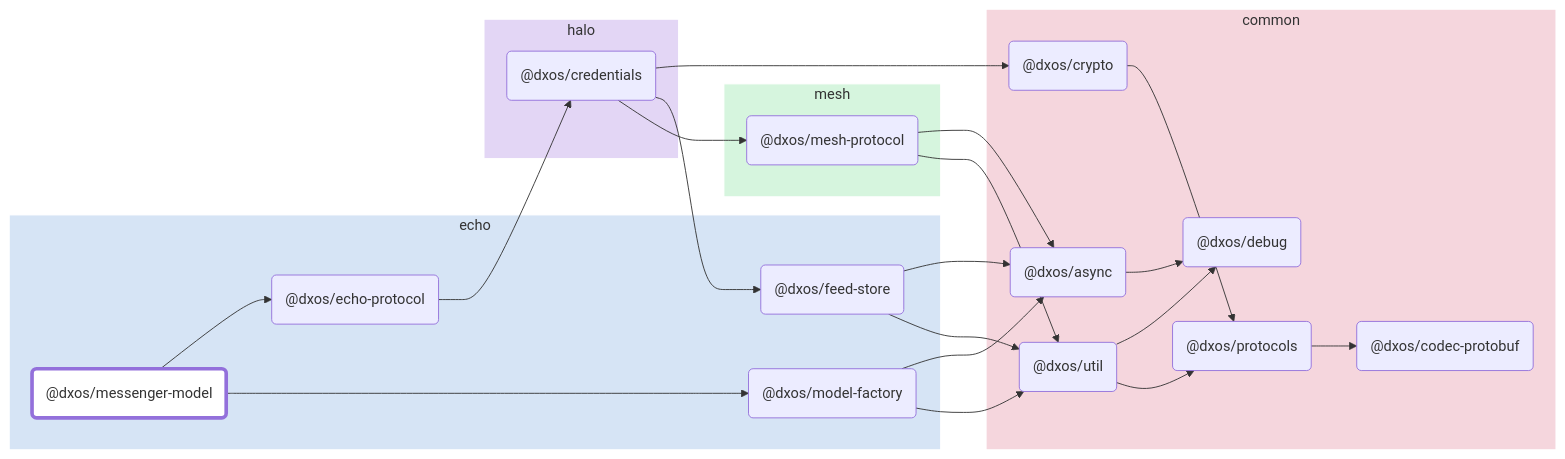
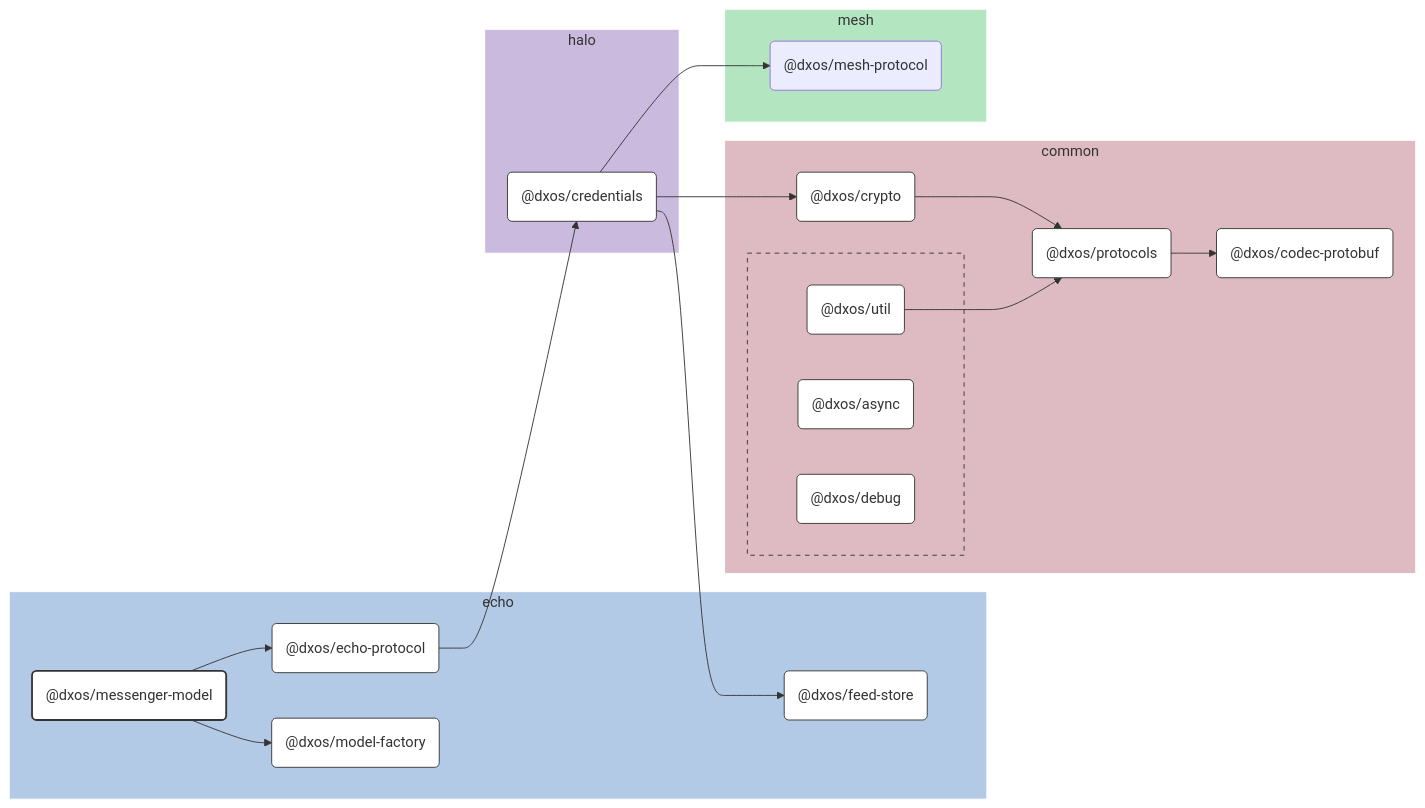
The diagram in packages/echo/messenger-model/docs/README.md (dxos/dxos), drawn with Mermaid before and after one commit. The commit also changed 100 other files, not shown here.

````diff
--- a/packages/echo/messenger-model/docs/README.md
+++ b/packages/echo/messenger-model/docs/README.md
@@ -7,62 +7,85 @@
 ```mermaid
-flowchart LR;
+%%{ init: {'flowchart':{'curve':'basis'}} }%%
 
-style dxos/messenger-model fill:#fff,stroke-width:4px;
+flowchart LR
 
-click dxos/codec-protobuf "https:/github.com/dxos/dxos/tree/main/packages/common/codec-protobuf/docs";
-click dxos/echo-protocol "https:/github.com/dxos/dxos/tree/main/packages/echo/echo-protocol/docs";
-click dxos/async "https:/github.com/dxos/dxos/tree/main/packages/common/async/docs";
-click dxos/credentials "https:/github.com/dxos/dxos/tree/main/packages/halo/credentials/docs";
-click dxos/crypto "https:/github.com/dxos/dxos/tree/main/packages/common/crypto/docs";
-click dxos/feed-store "https:/github.com/dxos/dxos/tree/main/packages/echo/feed-store/docs";
-click dxos/protocols "https:/github.com/dxos/dxos/tree/main/packages/common/protocols/docs";
-click dxos/util "https:/github.com/dxos/dxos/tree/main/packages/common/util/docs";
-click dxos/model-factory "https:/github.com/dxos/dxos/tree/main/packages/echo/model-factory/docs";
-click dxos/debug "https:/github.com/dxos/dxos/tree/main/packages/common/debug/docs";
+%% Links
+dxos/credentials --> dxos/crypto;
+dxos/credentials --> dxos/feed-store;
+dxos/credentials --> dxos/mesh-protocol;
+dxos/crypto --> dxos/protocols;
+dxos/echo-protocol --> dxos/credentials;
+dxos/messenger-model --> dxos/echo-protocol;
+dxos/messenger-model --> dxos/model-factory;
+dxos/protocols --> dxos/codec-protobuf;
+dxos/util --> dxos/protocols;
 
+%% Sections
 subgraph echo
-  style echo fill:#d6e4f5,stroke:#fff;
-  dxos/messenger-model("@dxos/messenger-model");
-  dxos/echo-protocol("@dxos/echo-protocol");
-  dxos/feed-store("@dxos/feed-store");
-  dxos/model-factory("@dxos/model-factory");
+  style echo fill:#b3cae6,stroke:#fff;
+
+  dxos/echo-protocol("@dxos/echo-protocol")
+  dxos/feed-store("@dxos/feed-store")
+  dxos/messenger-model("@dxos/messenger-model")
+  dxos/model-factory("@dxos/model-factory")
 end
 
 subgraph common
-  style common fill:#f5d6dd,stroke:#fff;
-  dxos/codec-protobuf("@dxos/codec-protobuf");
-  dxos/async("@dxos/async");
-  dxos/debug("@dxos/debug");
-  dxos/crypto("@dxos/crypto");
-  dxos/protocols("@dxos/protocols");
-  dxos/util("@dxos/util");
+  style common fill:#debac2,stroke:#fff;
+
+  dxos/codec-protobuf("@dxos/codec-protobuf")
+  dxos/crypto("@dxos/crypto")
+  dxos/protocols("@dxos/protocols")
+
+  subgraph common-excluded [ ]
+    style common-excluded fill:#debac2,stroke:#333,stroke-dasharray:5 5;
+
+    dxos/async("@dxos/async")
+    dxos/debug("@dxos/debug")
+    dxos/util("@dxos/util")
+  end
 end
 
 subgraph halo
-  style halo fill:#e3d6f5,stroke:#fff;
-  dxos/credentials("@dxos/credentials");
+  style halo fill:#cabade,stroke:#fff;
+
+  dxos/credentials("@dxos/credentials")
 end
 
 subgraph mesh
-  style mesh fill:#d6f5de,stroke:#fff;
-  dxos/mesh-protocol("@dxos/mesh-protocol");
+  style mesh fill:#b3e6c0,stroke:#fff;
+
+  dxos/mesh-protocol("@dxos/mesh-protocol")
 end
 
-dxos/messenger-model --> dxos/echo-protocol;
-dxos/async --> dxos/debug;
-dxos/echo-protocol --> dxos/credentials;
-dxos/credentials --> dxos/crypto;
-dxos/crypto --> dxos/protocols;
-dxos/protocols --> dxos/codec-protobuf;
-dxos/credentials --> dxos/feed-store;
-dxos/feed-store --> dxos/async;
-dxos/feed-store --> dxos/util;
-dxos/util --> dxos/debug;
-dxos/util --> dxos/protocols;
-dxos/credentials --> dxos/mesh-protocol;
-dxos/mesh-protocol --> dxos/async;
-dxos/mesh-protocol --> dxos/util;
-dxos/messenger-model --> dxos/model-factory;
-dxos/model-factory --> dxos/async;
-dxos/model-factory --> dxos/util;
+
+%% Hyperlinks
+click dxos/async href "https:/github.com/dxos/dxos/tree/main/packages/common/async/docs";
+click dxos/codec-protobuf href "https:/github.com/dxos/dxos/tree/main/packages/common/codec-protobuf/docs";
+click dxos/credentials href "https:/github.com/dxos/dxos/tree/main/packages/halo/credentials/docs";
+click dxos/crypto href "https:/github.com/dxos/dxos/tree/main/packages/common/crypto/docs";
+click dxos/debug href "https:/github.com/dxos/dxos/tree/main/packages/common/debug/docs";
+click dxos/echo-protocol href "https:/github.com/dxos/dxos/tree/main/packages/echo/echo-protocol/docs";
+click dxos/feed-store href "https:/github.com/dxos/dxos/tree/main/packages/echo/feed-store/docs";
+click dxos/model-factory href "https:/github.com/dxos/dxos/tree/main/packages/echo/model-factory/docs";
+click dxos/protocols href "https:/github.com/dxos/dxos/tree/main/packages/common/protocols/docs";
+click dxos/util href "https:/github.com/dxos/dxos/tree/main/packages/common/util/docs";
+
+%% Styles
+classDef rootNode fill:#fff,stroke:#333,stroke-width:2px
+classDef defaultNode fill:#fff,stroke:#333,stroke-width:1px
+linkStyle default stroke:#333,stroke-width:1px
+
+dxos/messenger-model:::rootNode
+
+dxos/async:::defaultNode
+dxos/codec-protobuf:::defaultNode
+dxos/credentials:::defaultNode
+dxos/crypto:::defaultNode
+dxos/debug:::defaultNode
+dxos/echo-protocol:::defaultNode
+dxos/feed-store:::defaultNode
+dxos/model-factory:::defaultNode
+dxos/protocols:::defaultNode
+dxos/util:::defaultNode
 ```
````
